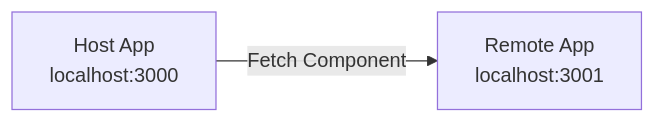
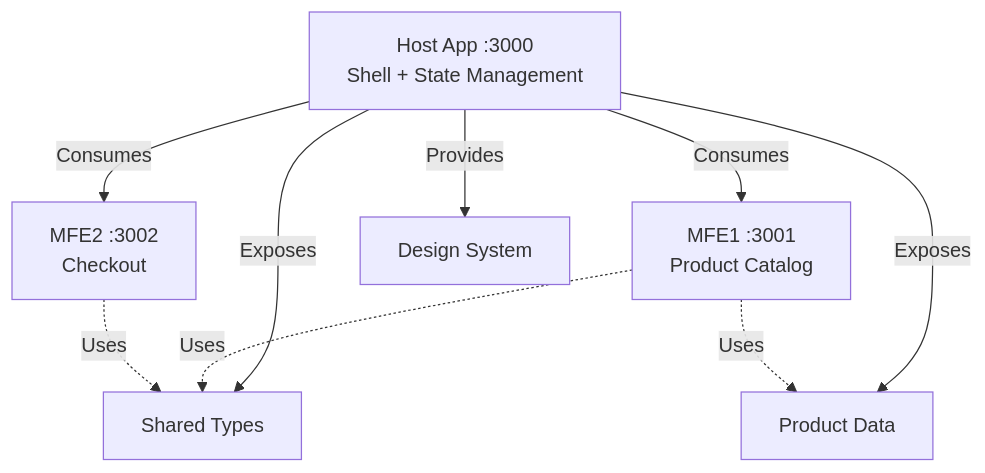
Before and after one commit to n0ss4/react-microfrontends: the diagram in README.md, drawn with Mermaid. The commit also changed other lines of this file and 24 other files, not shown here.

Commit message:
feat: implement minimalist design system with checkout microfrontend

````diff
--- a/README.md
+++ b/README.md
@@ -9,4 +7,16 @@
 ```mermaid
-graph LR
-    A[Host App<br/>localhost:3000] -->|Fetch Component| B[Remote App<br/>localhost:3001]
+graph TB
+    Host[Host App :3000<br/>Shell + State Management]
+    MFE1[MFE1 :3001<br/>Product Catalog]
+    MFE2[MFE2 :3002<br/>Checkout]
+    
+    Host -->|Consumes| MFE1
+    Host -->|Consumes| MFE2
+    Host -->|Exposes| Types[Shared Types]
+    Host -->|Exposes| Data[Product Data]
+    Host -->|Provides| Theme[Design System]
+    
+    MFE1 -.->|Uses| Types
+    MFE1 -.->|Uses| Data
+    MFE2 -.->|Uses| Types
 ```
````
